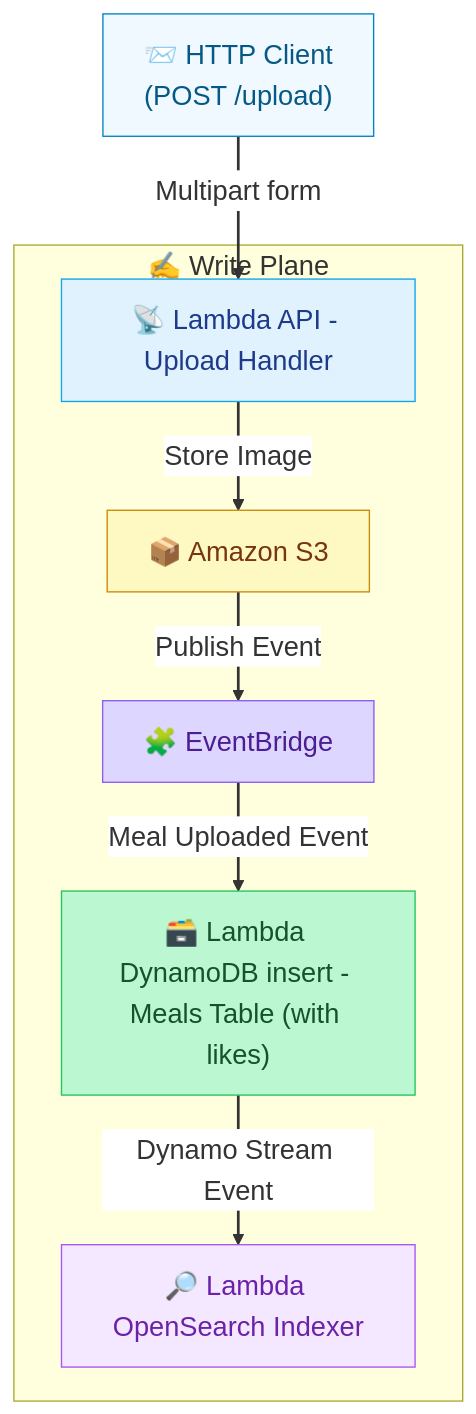
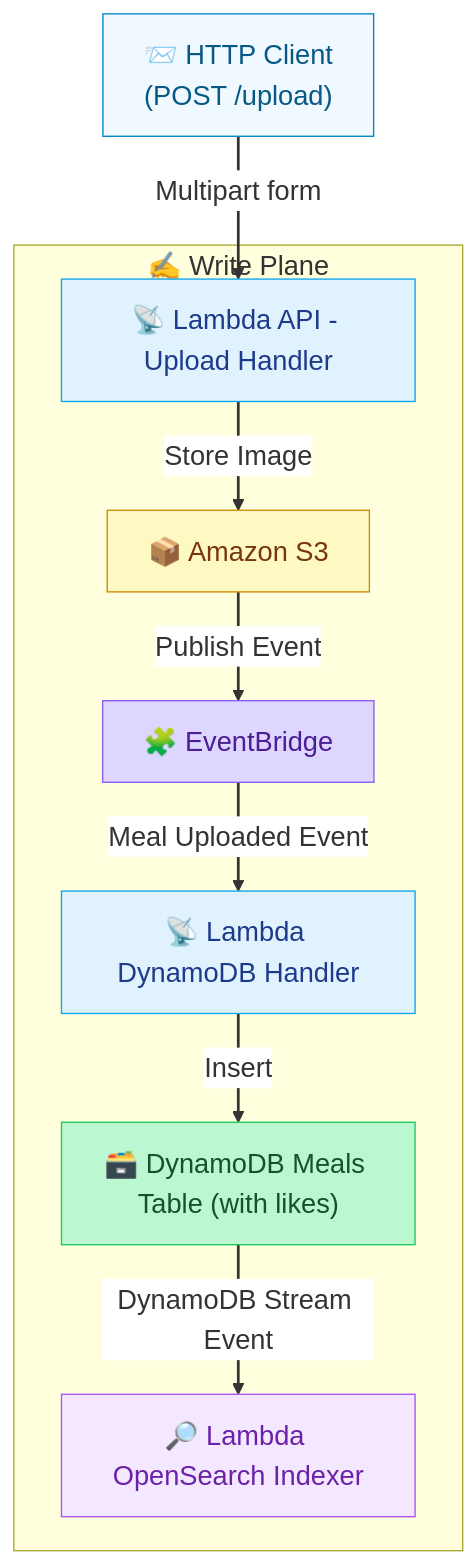
Before and after one commit to Venkat-Gorla/smartmeal-serverless: the diagram in services/docs/write_plane.mmd, drawn with Mermaid.

Commit message:
[mermaid] write plane flowchart, separate Lambda and dynamo into two components

```diff
--- a/services/docs/write_plane.mmd
+++ b/services/docs/write_plane.mmd
@@ -1,27 +1,29 @@
 %%{init: {"theme": "default", "themeVariables": { "fontSize": "20px", "primaryColor": "#E0F2FE", "edgeLabelBackground":"#ffffff"}}}%%
 flowchart TD
 
   A["📨 HTTP Client<br/>(POST /upload)"]:::client
 
   subgraph WRITE["✍️ Write Plane"]
     B["📡 Lambda API - Upload Handler"]:::lambda
     C["📦 Amazon S3"]:::s3
     D["🧩 EventBridge"]:::event
-    E["🗃️ Lambda DynamoDB insert - Meals Table (with likes)"]:::ddb
-    F["🔎 Lambda OpenSearch Indexer"]:::search
+    E["📡 Lambda DynamoDB Handler"]:::lambda
+    F["🗃️ DynamoDB Meals Table (with likes)"]:::ddb
+    G["🔎 Lambda OpenSearch Indexer"]:::search
   end
 
   A -->|Multipart form| B
   B -->|Store Image| C
   C -->|Publish Event| D
   D -->|Meal Uploaded Event| E
-  E -->|Dynamo Stream Event| F
+  E -->|Insert| F
+  F -->|DynamoDB Stream Event| G
 
   classDef client fill:#F0F9FF,stroke:#0284C7,color:#075985;
   classDef lambda fill:#E0F2FE,stroke:#0EA5E9,color:#1E3A8A;
   classDef s3 fill:#FEF9C3,stroke:#CA8A04,color:#78350F;
   classDef event fill:#DDD6FE,stroke:#8B5CF6,color:#4C1D95;
   classDef ddb fill:#BBF7D0,stroke:#22C55E,color:#14532D;
   classDef search fill:#F3E8FF,stroke:#A855F7,color:#6B21A8;
 
   linkStyle default stroke-width:2px,fill:none;
```
